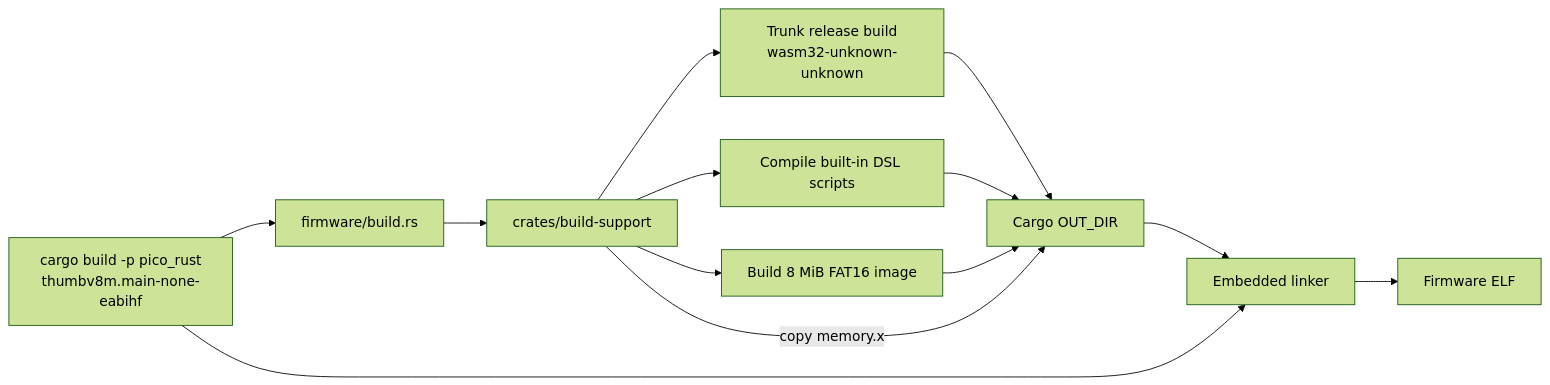
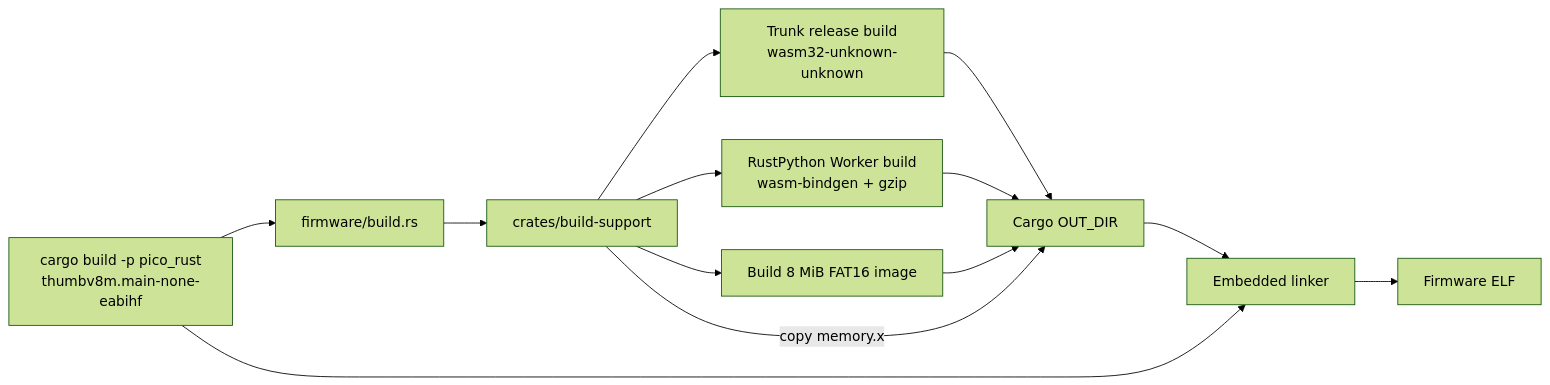
The third of 9 diagrams in docs/ARCHITECTURE.md (mapf0000/pico_plus_2w_blinky), drawn with Mermaid (forest theme) before and after one commit. The commit also changed other lines of this file and 108 other files, not shown here.

````diff
--- a/docs/ARCHITECTURE.md
+++ b/docs/ARCHITECTURE.md
@@ -112,20 +114,20 @@
 ```mermaid
 flowchart LR
     Cargo["cargo build -p pico_rust<br/>thumbv8m.main-none-eabihf"]
     BuildRS[firmware/build.rs]
     Support[crates/build-support]
     Trunk["Trunk release build<br/>wasm32-unknown-unknown"]
-    DSL[Compile built-in DSL scripts]
+    Python["RustPython Worker build<br/>wasm-bindgen + gzip"]
     MSC[Build 8 MiB FAT16 image]
     Out[Cargo OUT_DIR]
     Link[Embedded linker]
     ELF[Firmware ELF]
 
     Cargo --> BuildRS --> Support
     Support --> Trunk --> Out
-    Support --> DSL --> Out
+    Support --> Python --> Out
     Support --> MSC --> Out
     Support -->|copy memory.x| Out
     Out --> Link
     Cargo --> Link --> ELF
 ```
````
